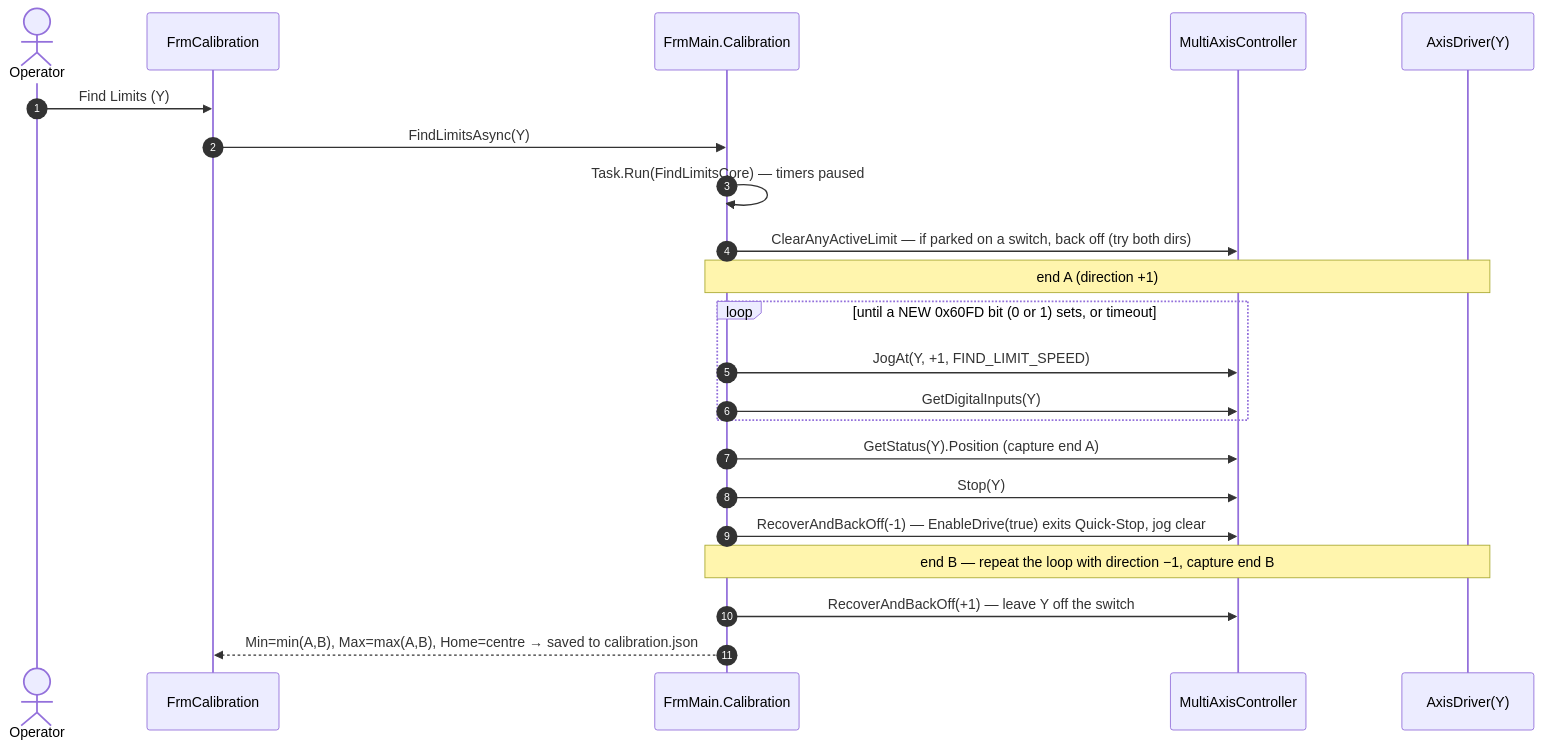
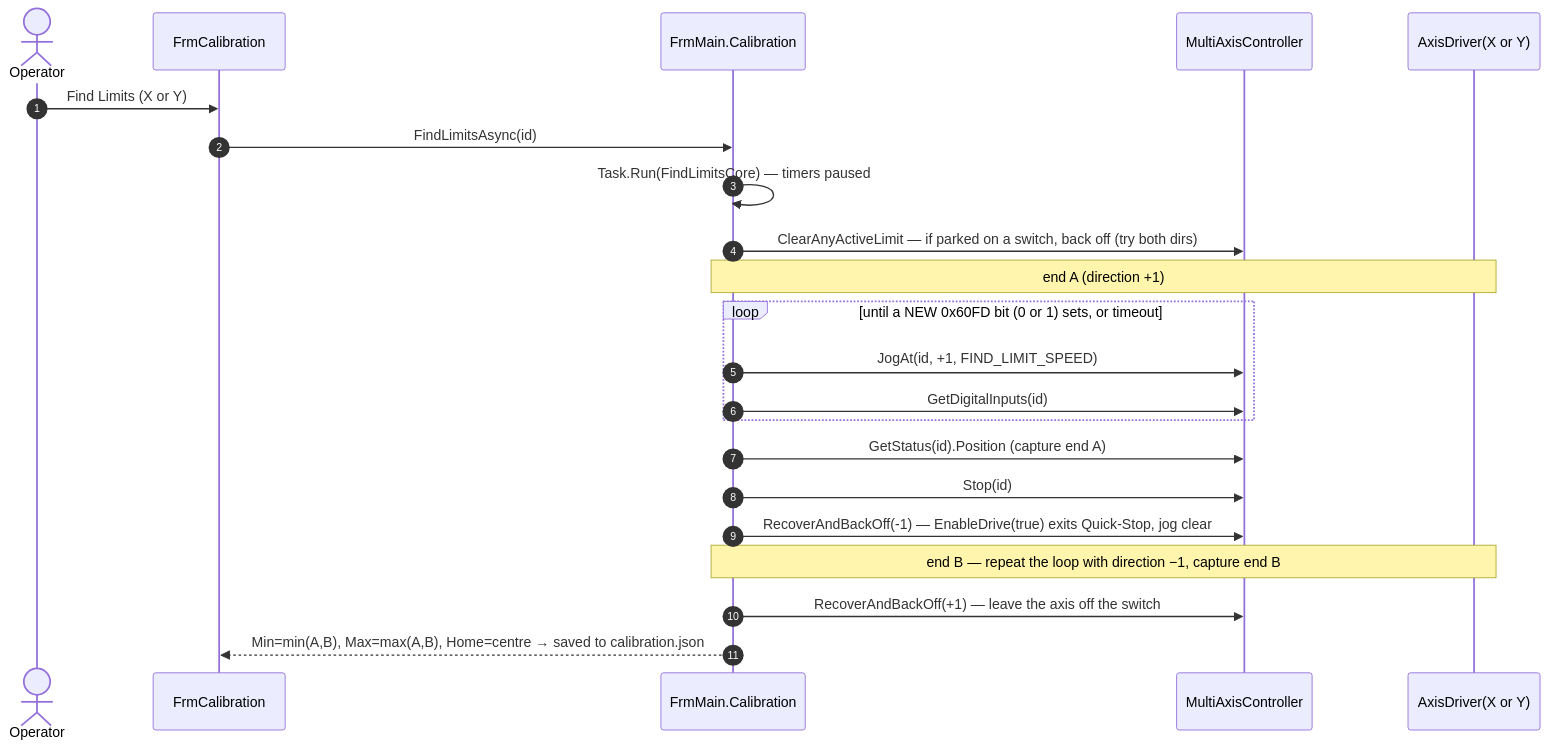
The sixth of 6 diagrams in docs/developer-guide/index.md (alexanderYaw/nanotec-controller), drawn with Mermaid before and after one commit. The commit also changed other lines of this file and 16 other files, not shown here.

````diff
--- a/docs/developer-guide/index.md
+++ b/docs/developer-guide/index.md
@@ -1281,28 +1350,28 @@
 ```mermaid
 sequenceDiagram
     autonumber
     actor U as Operator
     participant FC as FrmCalibration
     participant F as FrmMain.Calibration
     participant M as MultiAxisController
-    participant Y as AxisDriver(Y)
+    participant A as AxisDriver(X or Y)
 
-    U->>FC: Find Limits (Y)
-    FC->>F: FindLimitsAsync(Y)
+    U->>FC: Find Limits (X or Y)
+    FC->>F: FindLimitsAsync(id)
     F->>F: Task.Run(FindLimitsCore) — timers paused
     F->>M: ClearAnyActiveLimit — if parked on a switch, back off (try both dirs)
 
-    Note over F,Y: end A (direction +1)
+    Note over F,A: end A (direction +1)
     loop until a NEW 0x60FD bit (0 or 1) sets, or timeout
-        F->>M: JogAt(Y, +1, FIND_LIMIT_SPEED)
-        F->>M: GetDigitalInputs(Y)
+        F->>M: JogAt(id, +1, FIND_LIMIT_SPEED)
+        F->>M: GetDigitalInputs(id)
     end
-    F->>M: GetStatus(Y).Position (capture end A)
-    F->>M: Stop(Y)
+    F->>M: GetStatus(id).Position (capture end A)
+    F->>M: Stop(id)
     F->>M: RecoverAndBackOff(-1) — EnableDrive(true) exits Quick-Stop, jog clear
 
-    Note over F,Y: end B — repeat the loop with direction −1, capture end B
-    F->>M: RecoverAndBackOff(+1) — leave Y off the switch
+    Note over F,A: end B — repeat the loop with direction −1, capture end B
+    F->>M: RecoverAndBackOff(+1) — leave the axis off the switch
 
     F-->>FC: Min=min(A,B), Max=max(A,B), Home=centre → saved to calibration.json
 ```
````
